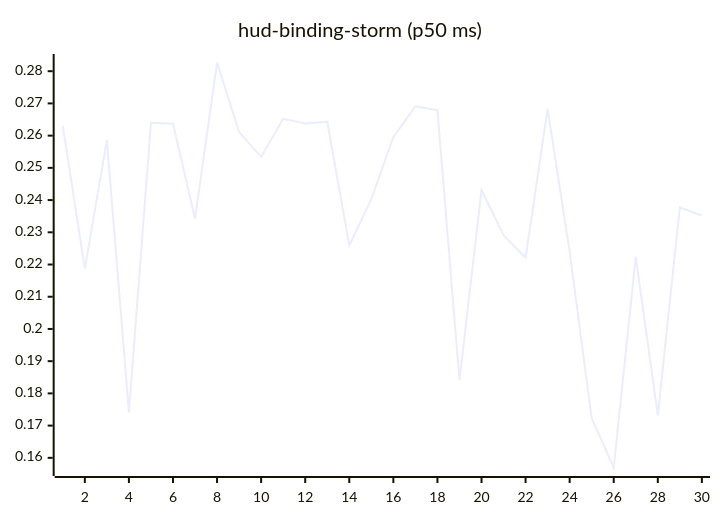
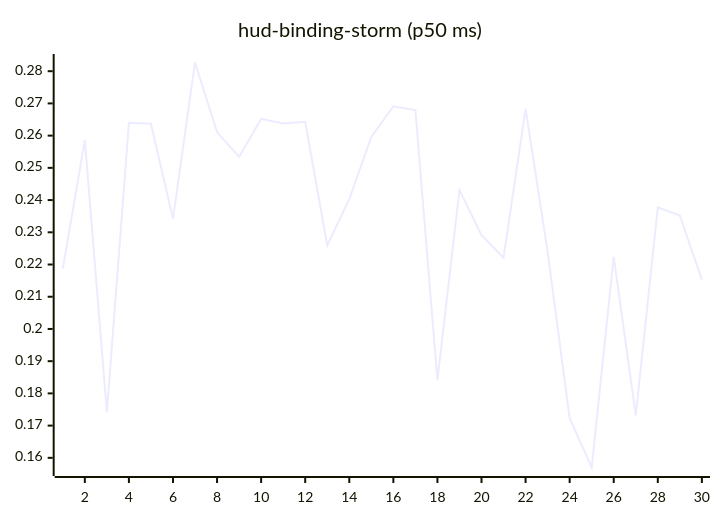
One commit to josha/Facet changed the tenth of 27 diagrams in README.md. Above: the diagram before and after it, drawn with Mermaid. The commit also changed other lines of this file and 2 other files, not shown here.

````diff
--- a/README.md
+++ b/README.md
@@ -126,6 +126,6 @@
 ```mermaid
 xychart-beta
     title "hud-binding-storm (p50 ms)"
     x-axis 1 --> 30
-    line [0.2630, 0.2187, 0.2586, 0.1741, 0.2640, 0.2637, 0.2342, 0.2827, 0.2611, 0.2534, 0.2652, 0.2638, 0.2643, 0.2259, 0.2403, 0.2596, 0.2691, 0.2679, 0.1841, 0.2431, 0.2291, 0.2221, 0.2683, 0.2240, 0.1723, 0.1570, 0.2224, 0.1732, 0.2377, 0.2352]
+    line [0.2187, 0.2586, 0.1741, 0.2640, 0.2637, 0.2342, 0.2827, 0.2611, 0.2534, 0.2652, 0.2638, 0.2643, 0.2259, 0.2403, 0.2596, 0.2691, 0.2679, 0.1841, 0.2431, 0.2291, 0.2221, 0.2683, 0.2240, 0.1723, 0.1570, 0.2224, 0.1732, 0.2377, 0.2352, 0.2153]
 ```
````
